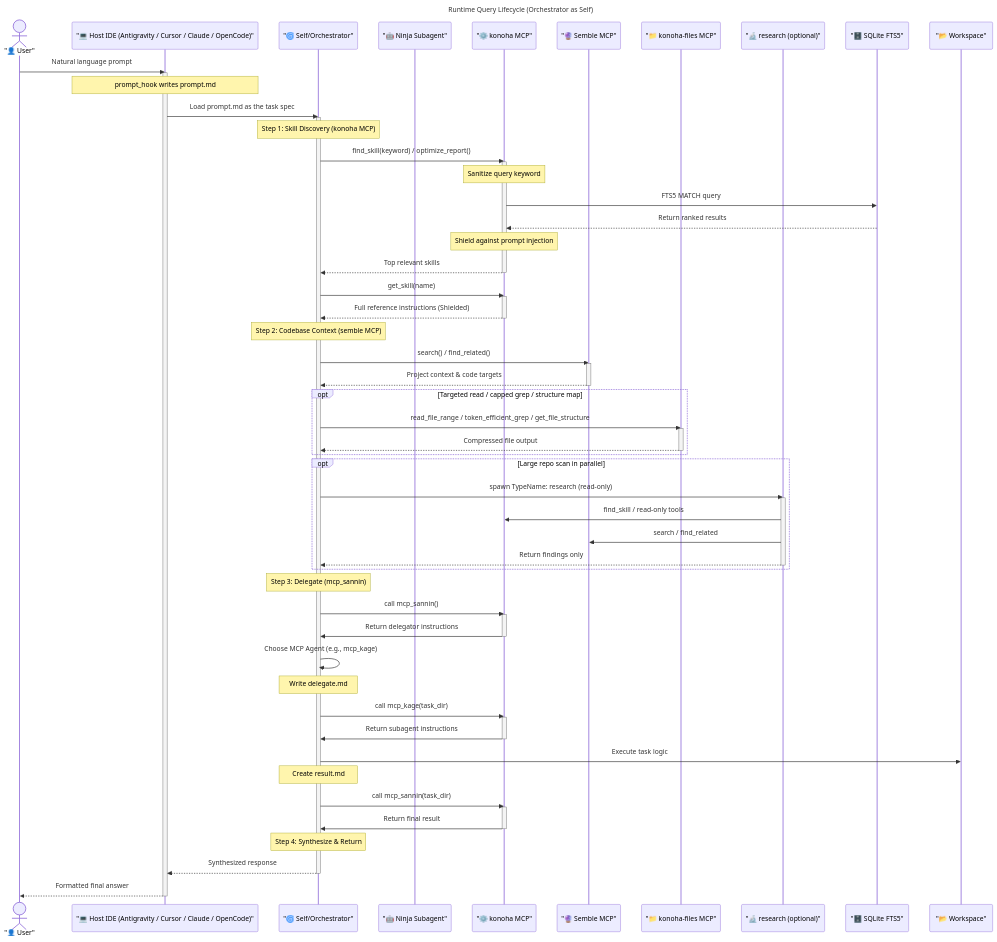
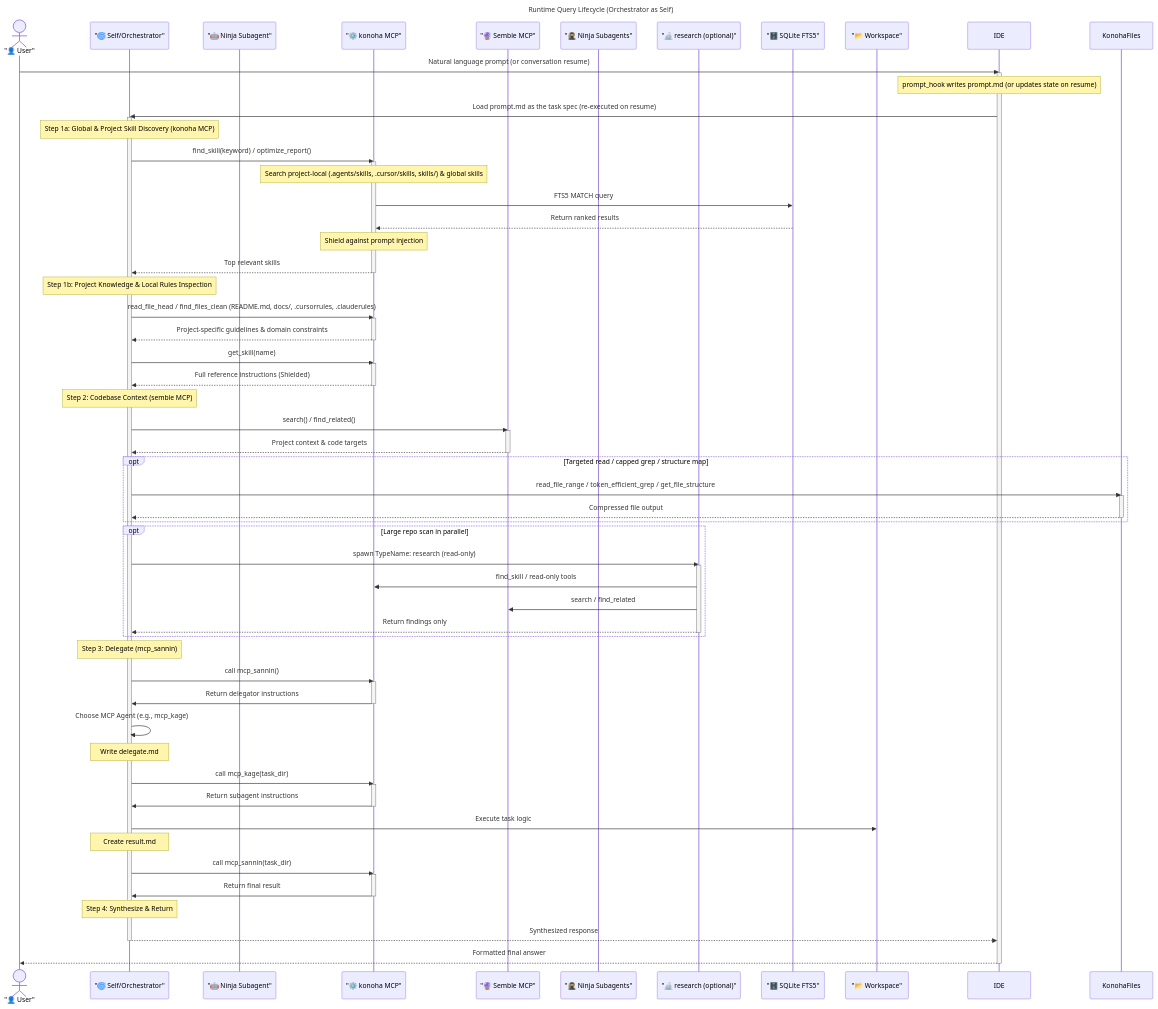
The second of 3 diagrams in docs/ARCHITECTURE.md (andycungkrinx91/konoha), drawn with Mermaid before and after one commit. The commit also changed other lines of this file and 14356 other files, not shown here.

```diff
--- a/docs/ARCHITECTURE.md
+++ b/docs/ARCHITECTURE.md
@@ -118,31 +116,36 @@
 ---
 sequenceDiagram
     actor User as "👤 User"
-    participant IDE as "💻 Host IDE (Antigravity / Cursor / Claude / OpenCode)"
     participant Orchestrator as "🌀 Self/Orchestrator"
     participant Subagent as "🤖 Ninja Subagent"
     participant KonohaMCP as "⚙️ konoha MCP"
     participant Semble as "🔮 Semble MCP"
-    participant KonohaFiles as "📁 konoha-files MCP"
+    participant Subagents as "🥷 Ninja Subagents"
     participant Research as "🔬 research (optional)"
     participant DB as "🗄️ SQLite FTS5"
     participant Codebase as "📂 Workspace"
 
-    User->>IDE: Natural language prompt
+    User->>IDE: Natural language prompt (or conversation resume)
     activate IDE
-    Note over IDE: prompt_hook writes prompt.md
-    IDE->>Orchestrator: Load prompt.md as the task spec
+    Note over IDE: prompt_hook writes prompt.md (or updates state on resume)
+    IDE->>Orchestrator: Load prompt.md as the task spec (re-executed on resume)
     activate Orchestrator
 
-    %% --- Skill Discovery Phase ---
-    Note over Orchestrator: Step 1: Skill Discovery (konoha MCP)
+    %% --- Skill & Project Knowledge Discovery Phase ---
+    Note over Orchestrator: Step 1a: Global & Project Skill Discovery (konoha MCP)
     Orchestrator->>KonohaMCP: find_skill(keyword) / optimize_report()
     activate KonohaMCP
-    Note over KonohaMCP: Sanitize query keyword
+    Note over KonohaMCP: Search project-local (.agents/skills, .cursor/skills, skills/) & global skills
     KonohaMCP->>DB: FTS5 MATCH query
     DB-->>KonohaMCP: Return ranked results
     Note over KonohaMCP: Shield against prompt injection
     KonohaMCP-->>Orchestrator: Top relevant skills
+    deactivate KonohaMCP
+
+    Note over Orchestrator: Step 1b: Project Knowledge & Local Rules Inspection
+    Orchestrator->>KonohaMCP: read_file_head / find_files_clean (README.md, docs/, .cursorrules, .clauderules)
+    activate KonohaMCP
+    KonohaMCP-->>Orchestrator: Project-specific guidelines & domain constraints
     deactivate KonohaMCP
 
     Orchestrator->>KonohaMCP: get_skill(name)
```
